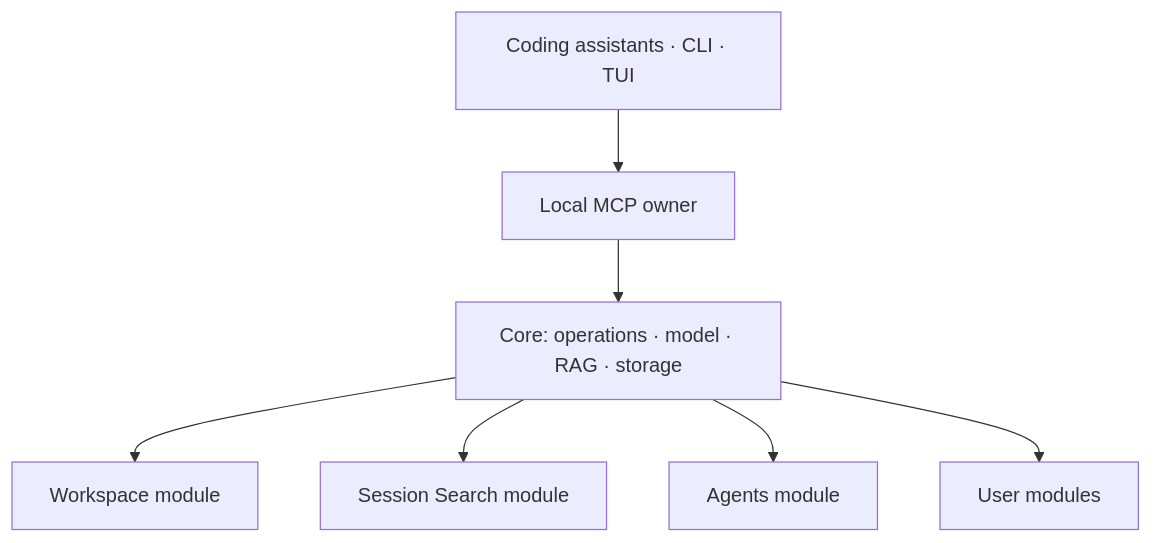
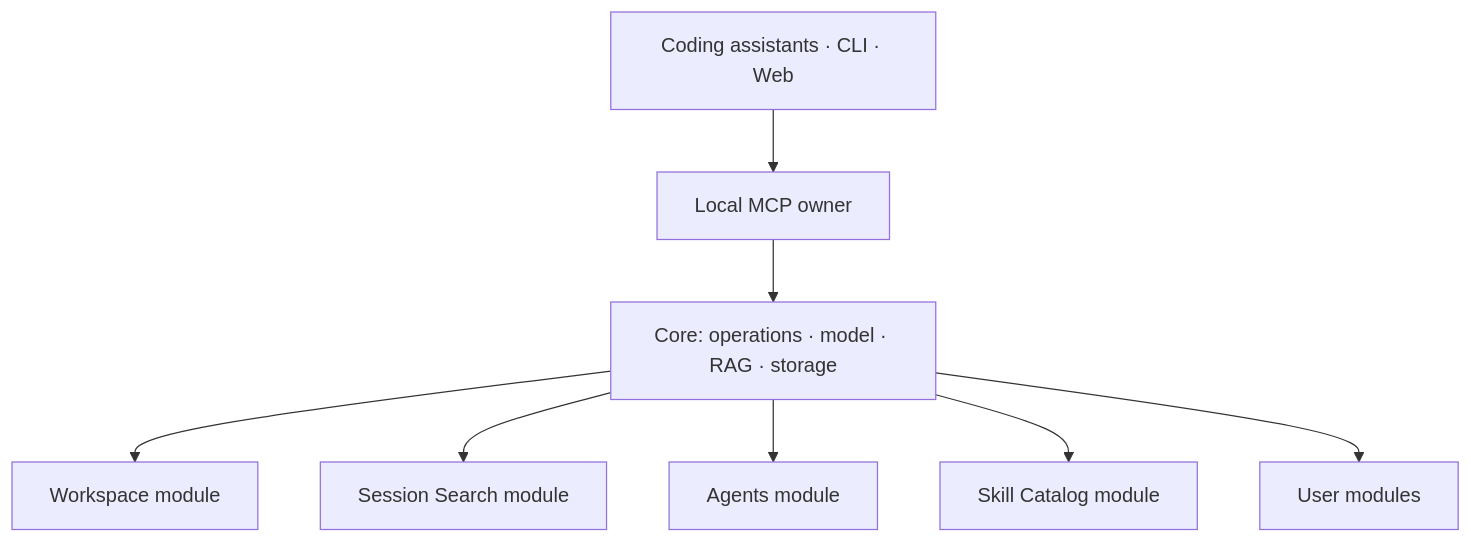
One commit to pikiby/contextopus-core changed the diagram in README.md. Above: the diagram before and after it, drawn with Mermaid. The commit also changed other lines of this file and 57 other files, not shown here.

````diff
--- a/README.md
+++ b/README.md
@@ -207,9 +211,10 @@
 ```mermaid
 flowchart TD
-    Clients["Coding assistants · CLI · TUI"] --> MCP[Local MCP owner]
+    Clients["Coding assistants · CLI · Web"] --> MCP[Local MCP owner]
     MCP --> Core["Core: operations · model · RAG · storage"]
     Core --> Workspace[Workspace module]
     Core --> Sessions[Session Search module]
     Core --> Agents[Agents module]
+    Core --> Skills[Skill Catalog module]
     Core --> Custom[User modules]
 ```
````
